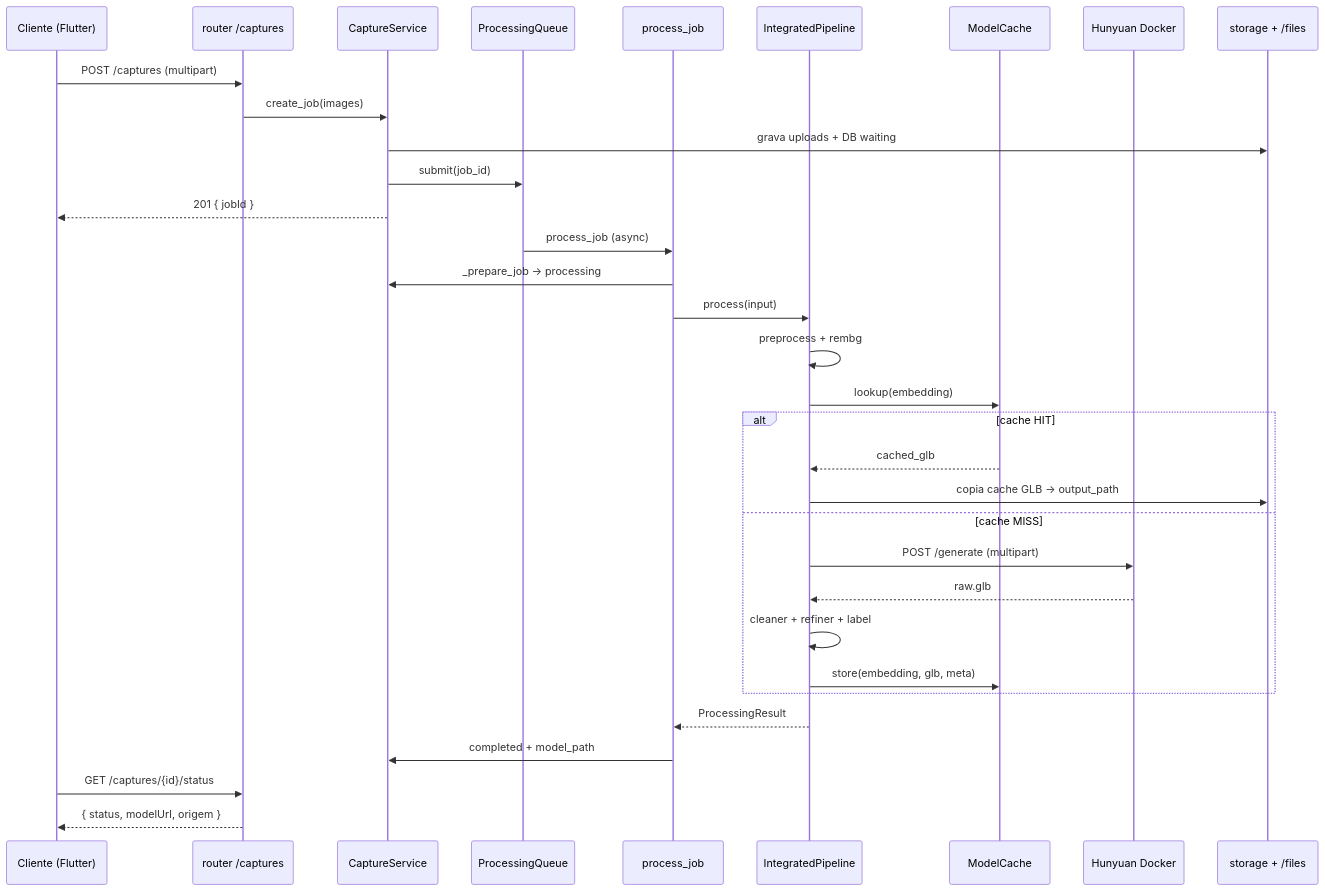
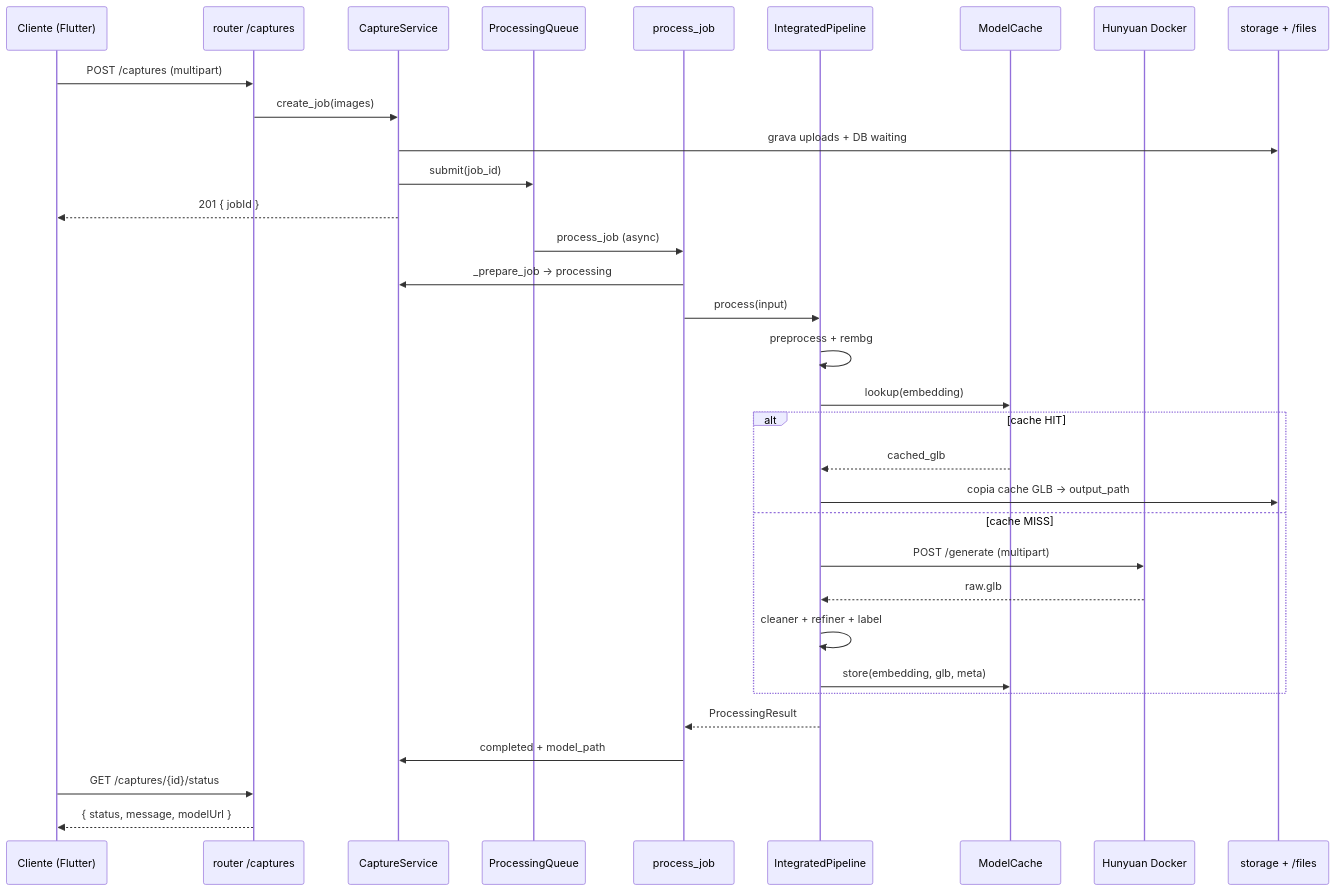
Before and after one commit to Cristovam10000/perfume-3d-backend: the diagram in docs/05-arquitetura.md, drawn with Mermaid. The commit also changed other lines of this file and 38 other files, not shown here.

````diff
--- a/docs/05-arquitetura.md
+++ b/docs/05-arquitetura.md
@@ -66,36 +79,36 @@
 ```mermaid
 sequenceDiagram
     participant C as Cliente (Flutter)
     participant R as router /captures
     participant S as CaptureService
     participant Q as ProcessingQueue
     participant W as process_job
     participant Pipe as IntegratedPipeline
     participant Cache as ModelCache
     participant Hun as Hunyuan Docker
     participant FS as storage + /files
 
     C->>R: POST /captures (multipart)
     R->>S: create_job(images)
     S->>FS: grava uploads + DB waiting
     S->>Q: submit(job_id)
     S-->>C: 201 { jobId }
     Q->>W: process_job (async)
     W->>S: _prepare_job → processing
     W->>Pipe: process(input)
     Pipe->>Pipe: preprocess + rembg
     Pipe->>Cache: lookup(embedding)
     alt cache HIT
         Cache-->>Pipe: cached_glb
         Pipe->>FS: copia cache GLB → output_path
     else cache MISS
         Pipe->>Hun: POST /generate (multipart)
         Hun-->>Pipe: raw.glb
         Pipe->>Pipe: cleaner + refiner + label
         Pipe->>Cache: store(embedding, glb, meta)
     end
     Pipe-->>W: ProcessingResult
     W->>S: completed + model_path
     C->>R: GET /captures/{id}/status
-    R-->>C: { status, modelUrl, origem }
+    R-->>C: { status, message, modelUrl }
 ```
````
